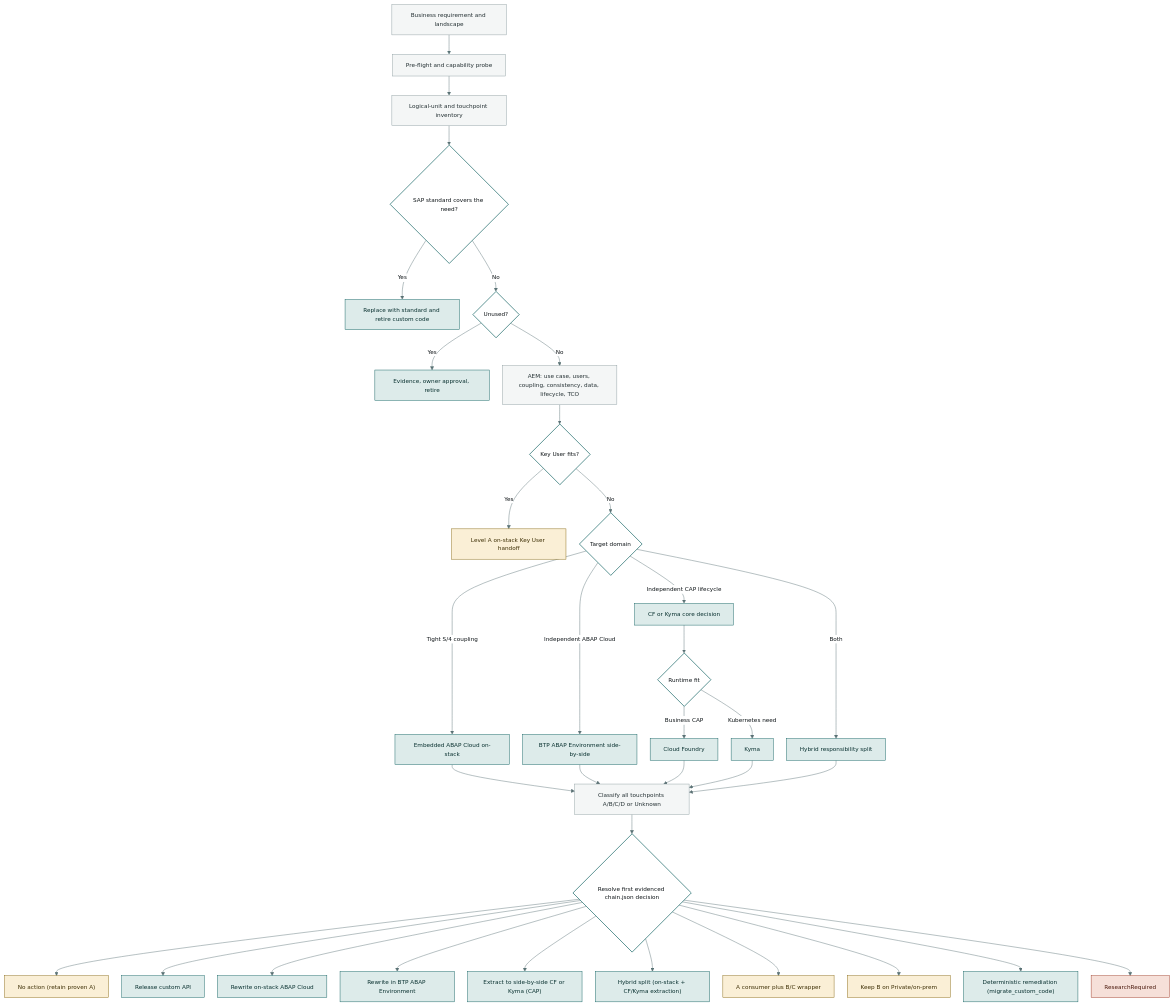
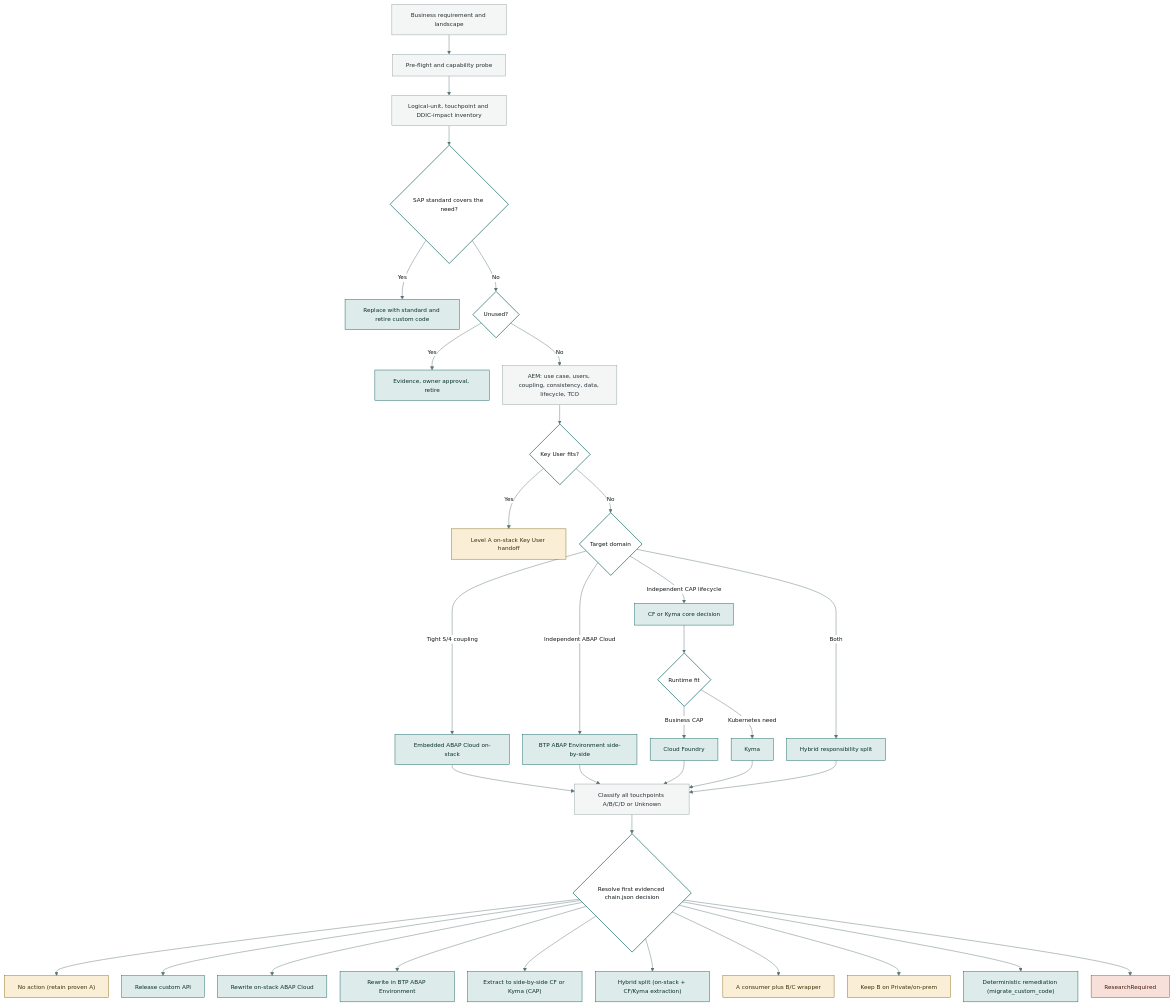
One commit to Raistlin82/arc-1-fork changed the first of 6 diagrams in skills/sap-erp-clean-core-refactor/WORKFLOW.md. Above: the diagram before and after it, drawn with Mermaid. The commit also changed other lines of this file and 7 other files, not shown here.

First line of the commit message:
docs(clean-core): align every document and diagram with the DDIC path

````diff
--- a/skills/sap-erp-clean-core-refactor/WORKFLOW.md
+++ b/skills/sap-erp-clean-core-refactor/WORKFLOW.md
@@ -200,49 +213,49 @@
 ```mermaid
 %%{init: {'theme':'base','themeVariables':{'fontSize':'13px','primaryColor':'#EBF0F0','primaryTextColor':'#0F1518','primaryBorderColor':'#5B7275','lineColor':'#5B7275','edgeLabelBackground':'#FFFFFF'},'flowchart':{'curve':'basis','nodeSpacing':30,'rankSpacing':44}}}%%
 flowchart TD
     R["Business requirement and landscape"] --> P["Pre-flight and capability probe"]
-    P --> I["Logical-unit and touchpoint inventory"]
+    P --> I["Logical-unit, touchpoint and DDIC-impact inventory"]
     I --> S{"SAP standard covers the need?"}
     S -->|Yes| STD["Replace with standard and retire custom code"]
     S -->|No| U{"Unused?"}
     U -->|Yes| DEL["Evidence, owner approval, retire"]
     U -->|No| AEM["AEM: use case, users, coupling, consistency, data, lifecycle, TCO"]
     AEM --> KU{"Key User fits?"}
     KU -->|Yes| KUH["Level A on-stack Key User handoff"]
     KU -->|No| DOM{"Target domain"}
     DOM -->|Tight S/4 coupling| ONS["Embedded ABAP Cloud on-stack"]
     DOM -->|Independent ABAP Cloud| BAE["BTP ABAP Environment side-by-side"]
     DOM -->|Independent CAP lifecycle| SBS["CF or Kyma core decision"]
     DOM -->|Both| HYB["Hybrid responsibility split"]
     SBS --> RUN{"Runtime fit"}
     RUN -->|Business CAP| CF["Cloud Foundry"]
     RUN -->|Kubernetes need| KYM["Kyma"]
     ONS --> CC["Classify all touchpoints A/B/C/D or Unknown"]
     BAE --> CC
     CF --> CC
     KYM --> CC
     HYB --> CC
     CC --> ACT{"Resolve first evidenced chain.json decision"}
     ACT --> NOA["No action (retain proven A)"]
     ACT --> REL["Release custom API"]
     ACT --> RW["Rewrite on-stack ABAP Cloud"]
     ACT --> BTPABAP["Rewrite in BTP ABAP Environment"]
     ACT --> EXT["Extract to side-by-side CF or Kyma (CAP)"]
     ACT --> HYBX["Hybrid split (on-stack + CF/Kyma extraction)"]
     ACT --> WR["A consumer plus B/C wrapper"]
     ACT --> KEEP["Keep B on Private/on-prem"]
     ACT --> MECH0["Deterministic remediation (migrate_custom_code)"]
     ACT --> RES["ResearchRequired"]
 
     classDef gather fill:#F4F6F6,stroke:#8C9C9F,stroke-width:1px,color:#243033
     classDef decision fill:#FFFFFF,stroke:#0B5D5D,stroke-width:1.5px,color:#0F1518
     classDef arc1 fill:#DDEBEA,stroke:#0B5D5D,stroke-width:1px,color:#08302F
     classDef human fill:#FAEFD6,stroke:#86660F,stroke-width:1px,color:#3D2F05
     classDef stop fill:#F6E0D9,stroke:#9B3520,stroke-width:1px,color:#4A180C
 
     class R,P,I,AEM,CC gather
     class S,U,KU,DOM,RUN,ACT decision
     class ONS,BAE,SBS,HYB,CF,KYM,RW,BTPABAP,EXT,HYBX,REL,MECH0,DEL,STD arc1
     class KUH,KEEP,NOA,WR human
     class RES stop
 ```
````
